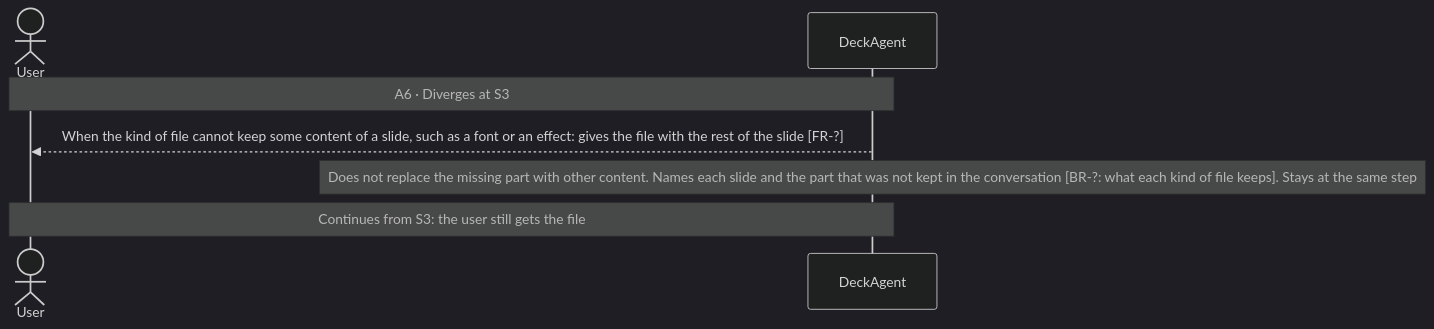
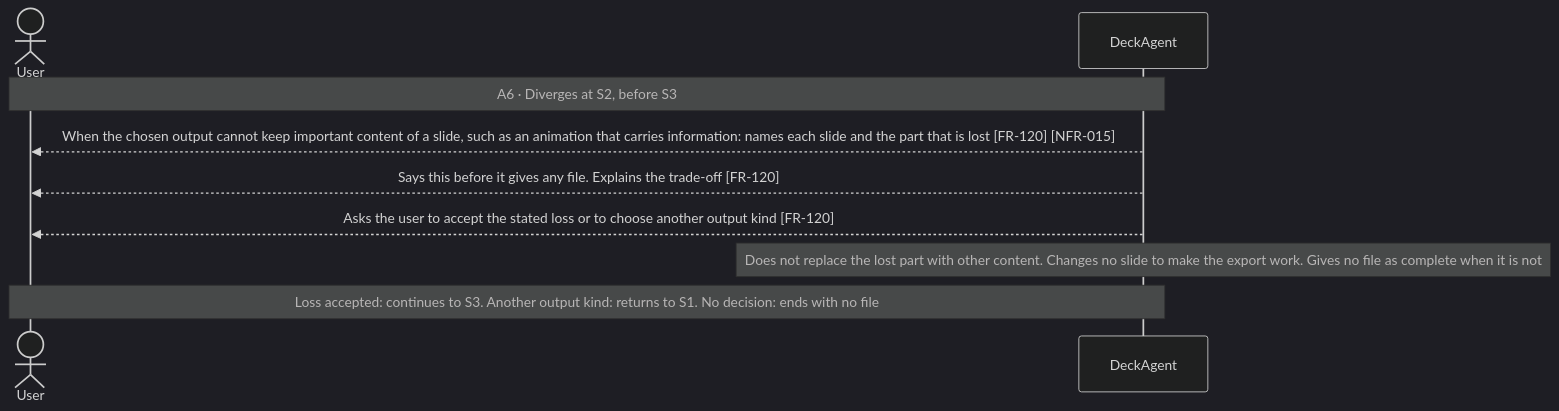
Before and after one commit to Luke23127006/DeckAgent: the fifth of 11 diagrams in docs/spec/03-use-cases/UC-004.md, drawn with Mermaid (dark theme). The commit also changed other lines of this file and 25 other files, not shown here.

First line of the commit message:
docs(spec): add generation format confirmation and deck export rules

````diff
--- a/docs/spec/03-use-cases/UC-004.md
+++ b/docs/spec/03-use-cases/UC-004.md
@@ -111,9 +109,11 @@
 ```mermaid
 sequenceDiagram
     actor User
     participant DeckAgent
-    Note over User,DeckAgent: A6 · Diverges at S3
-    DeckAgent-->>User: When the kind of file cannot keep some content of a slide, such as a font or an effect: gives the file with the rest of the slide [FR-?]
-    note over DeckAgent: Does not replace the missing part with other content. Names each slide and the part that was not kept in the conversation [BR-?: what each kind of file keeps]. Stays at the same step
-    Note over User,DeckAgent: Continues from S3: the user still gets the file
+    Note over User,DeckAgent: A6 · Diverges at S2, before S3
+    DeckAgent-->>User: When the chosen output cannot keep important content of a slide, such as an animation that carries information: names each slide and the part that is lost [FR-120] [NFR-015]
+    DeckAgent-->>User: Says this before it gives any file. Explains the trade-off [FR-120]
+    DeckAgent-->>User: Asks the user to accept the stated loss or to choose another output kind [FR-120]
+    note over DeckAgent: Does not replace the lost part with other content. Changes no slide to make the export work. Gives no file as complete when it is not
+    Note over User,DeckAgent: Loss accepted: continues to S3. Another output kind: returns to S1. No decision: ends with no file
 ```
````
